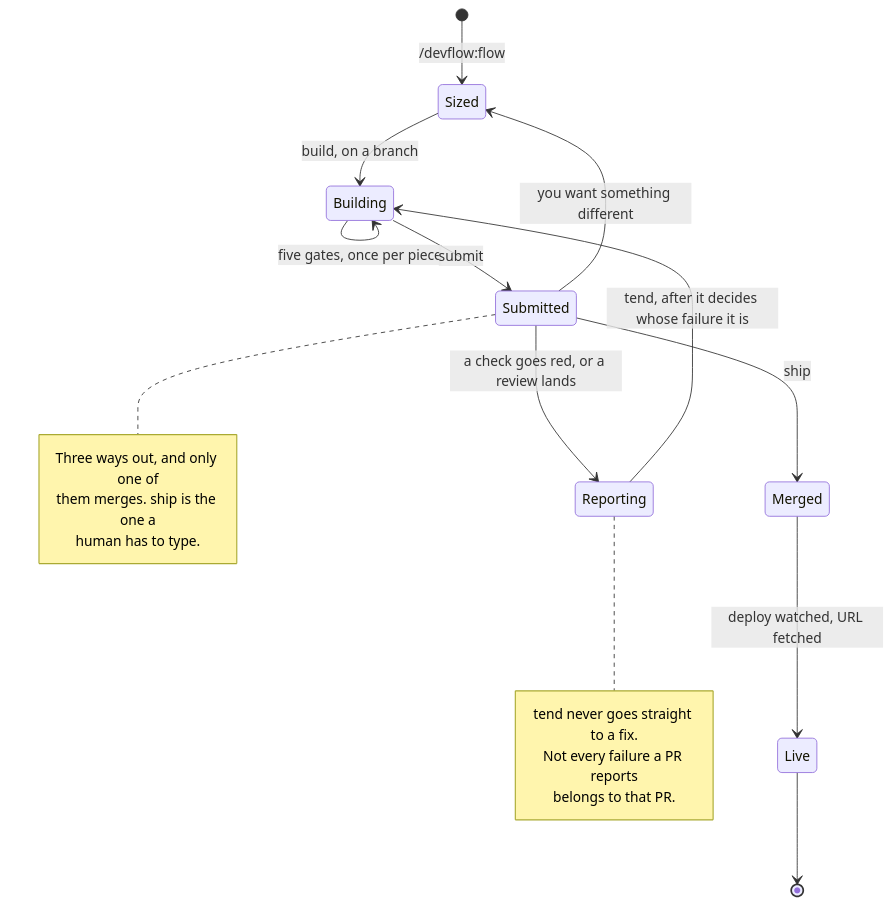
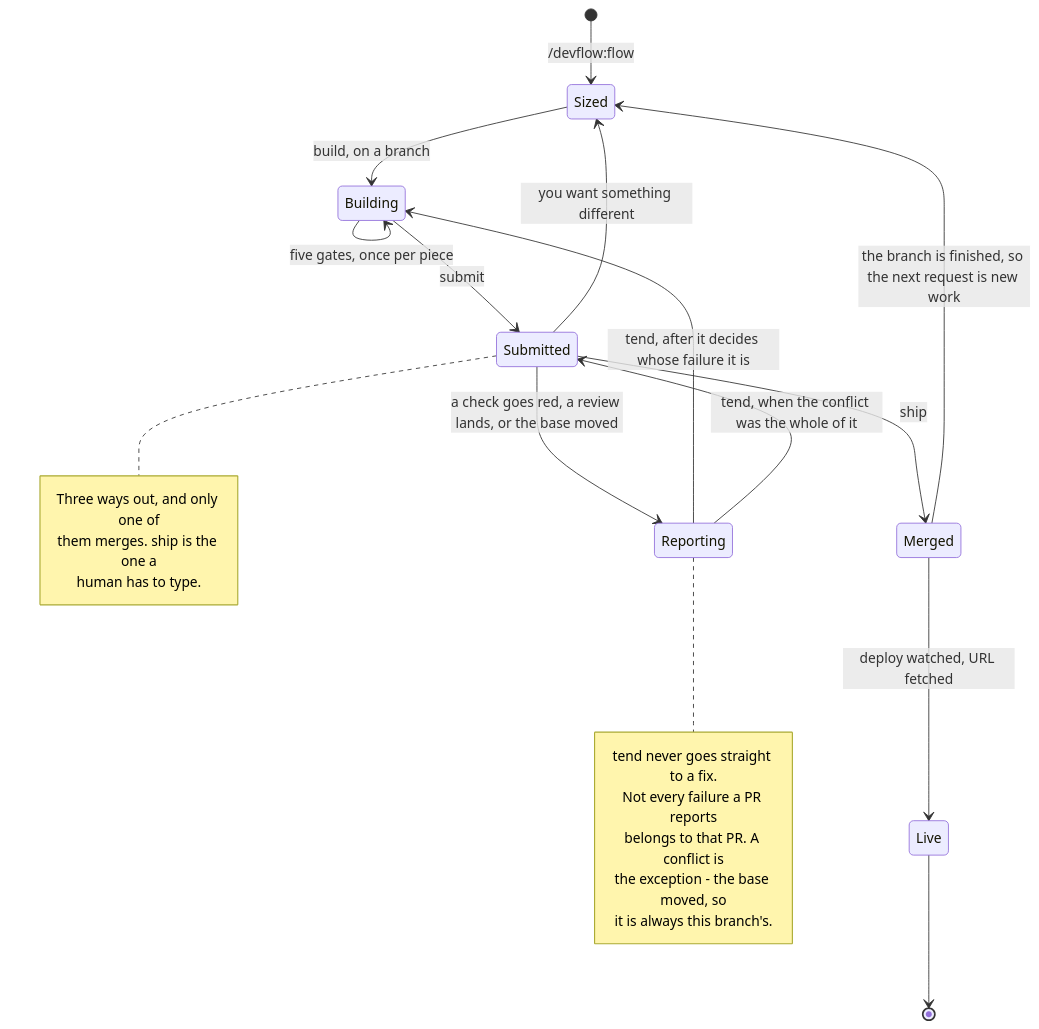
One commit to eddiechok/agent-devflow changed the first of 2 diagrams in docs/pipeline.md. Above: the diagram before and after it, drawn with Mermaid. The commit also changed other lines of this file and 1 other file, not shown here.

First paragraph of the commit message:
fix(skills): close the holes the audit could attach a failing case to
An adversarial audit across six lenses, each finding verified by a separate
agent told to refute it. What survived, by where it bites:

````diff
--- a/docs/pipeline.md
+++ b/docs/pipeline.md
@@ -27,27 +27,31 @@
 ```mermaid
 stateDiagram-v2
     direction TB
 
     [*] --> Sized: /devflow:flow
     Sized --> Building: build, on a branch
     Building --> Building: five gates, once per piece
     Building --> Submitted: submit
-    Submitted --> Reporting: a check goes red, or a review lands
+    Submitted --> Reporting: a check goes red, a review lands, or the base moved
     Reporting --> Building: tend, after it decides whose failure it is
+    Reporting --> Submitted: tend, when the conflict was the whole of it
     Submitted --> Sized: you want something different
+    Merged --> Sized: the branch is finished, so the next request is new work
     Submitted --> Merged: ship
     Merged --> Live: deploy watched, URL fetched
     Live --> [*]
 
     note right of Submitted
         Three ways out, and only one of
         them merges. ship is the one a
         human has to type.
     end note
 
     note right of Reporting
         tend never goes straight to a fix.
         Not every failure a PR reports
-        belongs to that PR.
+        belongs to that PR. A conflict is
+        the exception - the base moved, so
+        it is always this branch's.
     end note
 ```
````
